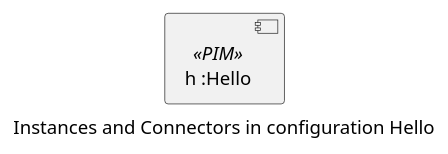
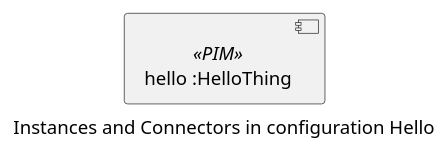
Before and after one commit to TelluIoT/ThingML: the diagram in doc/examples/thingml-gen/uml/Hello/Hello/docs/Hello.plantuml, drawn with PlantUML. The commit also changed 10 other files, not shown here.

Commit message:
Fix in component diagram generatot

```diff
--- a/doc/examples/thingml-gen/uml/Hello/Hello/docs/Hello.plantuml
+++ b/doc/examples/thingml-gen/uml/Hello/Hello/docs/Hello.plantuml
@@ -1,4 +1,4 @@
 @startuml
 caption Instances and Connectors in configuration Hello
-component "h :Hello"<<PIM>>
+component "hello :HelloThing"<<PIM>>
 @enduml
```
